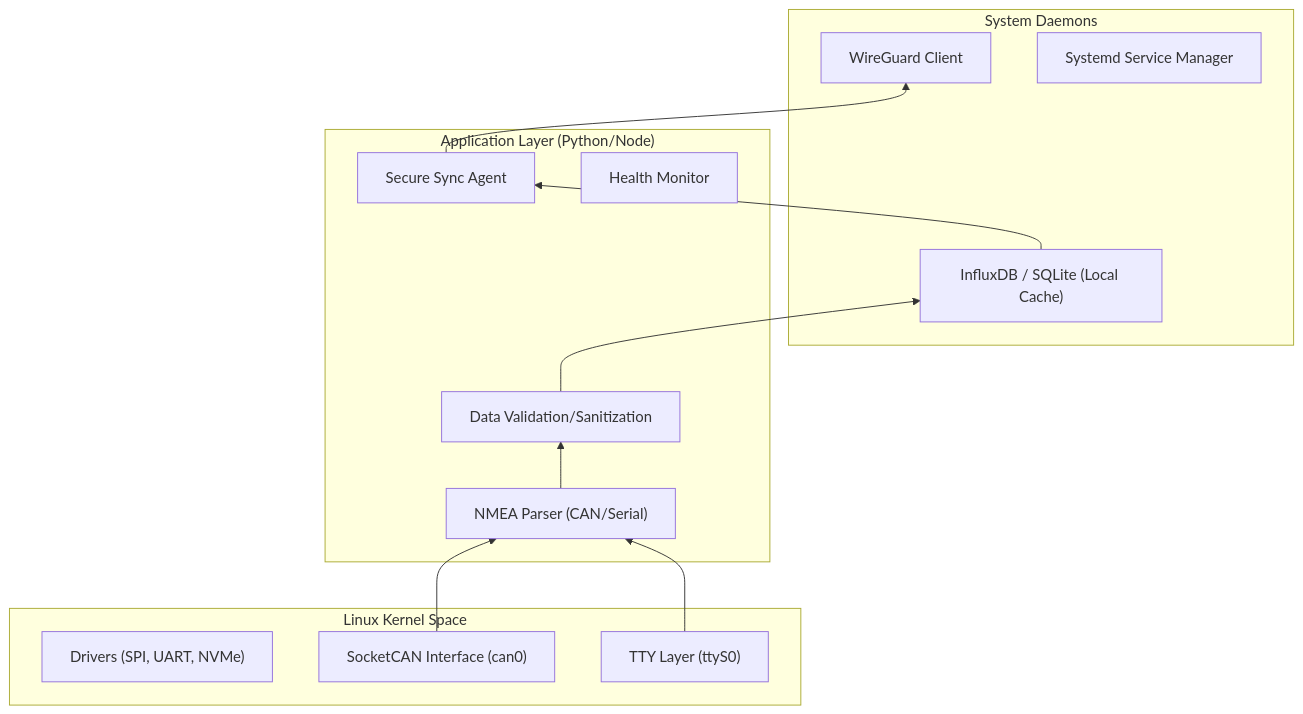
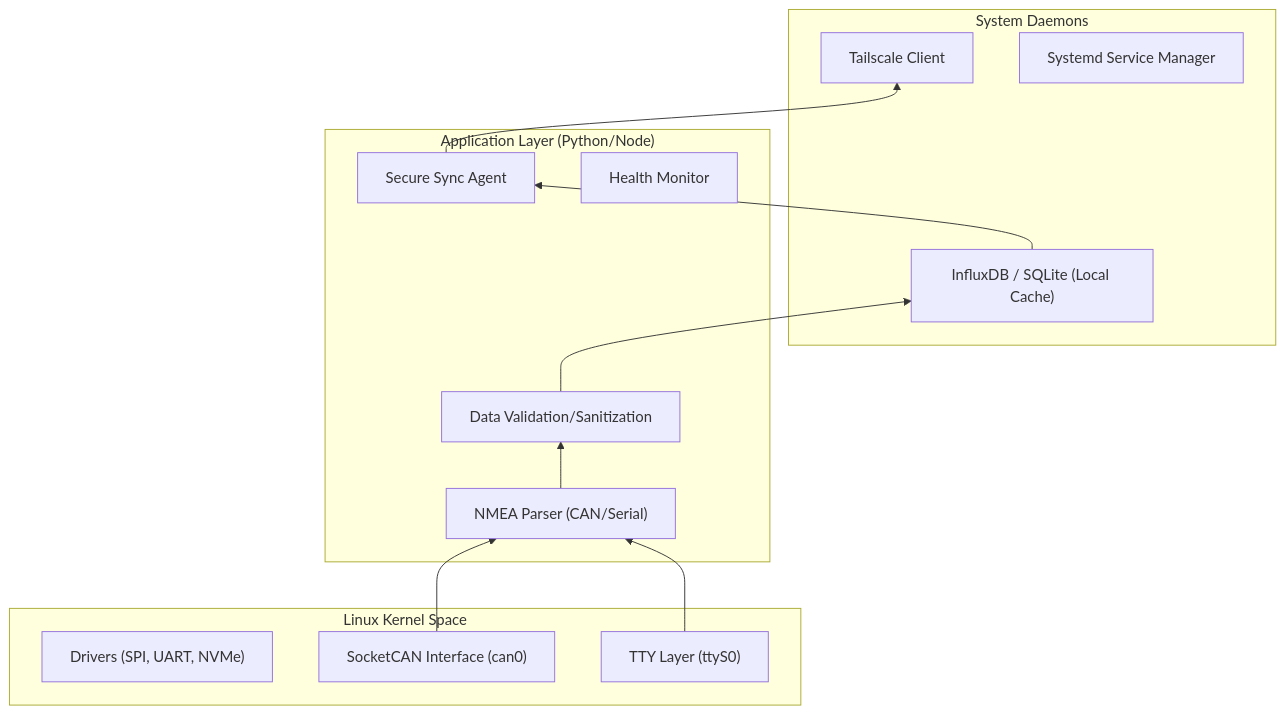
The second of 3 diagrams in docs/ARCHITECTURE.md (project-haris/marine-haris), drawn with Mermaid before and after one commit. The commit also changed other lines of this file and 18 other files, not shown here.

````diff
--- a/docs/ARCHITECTURE.md
+++ b/docs/ARCHITECTURE.md
@@ -52,28 +52,28 @@
 ```mermaid
 flowchart BT
     subgraph KERNEL ["Linux Kernel Space"]
         DRIVERS["Drivers (SPI, UART, NVMe)"]
         SOCKETCAN["SocketCAN Interface (can0)"]
         TTY["TTY Layer (ttyS0)"]
     end
 
     subgraph DAEMONS ["System Daemons"]
-        WG["WireGuard Client"]
+        TS["Tailscale Client"]
         SYSTEMD["Systemd Service Manager"]
         DB["InfluxDB / SQLite (Local Cache)"]
     end
 
     subgraph APPLICATION ["Application Layer (Python/Node)"]
         PARSER["NMEA Parser (CAN/Serial)"]
         VALIDATOR["Data Validation/Sanitization"]
         SYNC["Secure Sync Agent"]
         HEALTH["Health Monitor"]
     end
 
     SOCKETCAN --> PARSER
     TTY --> PARSER
     PARSER --> VALIDATOR
     VALIDATOR --> DB
     DB --> SYNC
-    SYNC --> WG
+    SYNC --> TS
 ```
````
